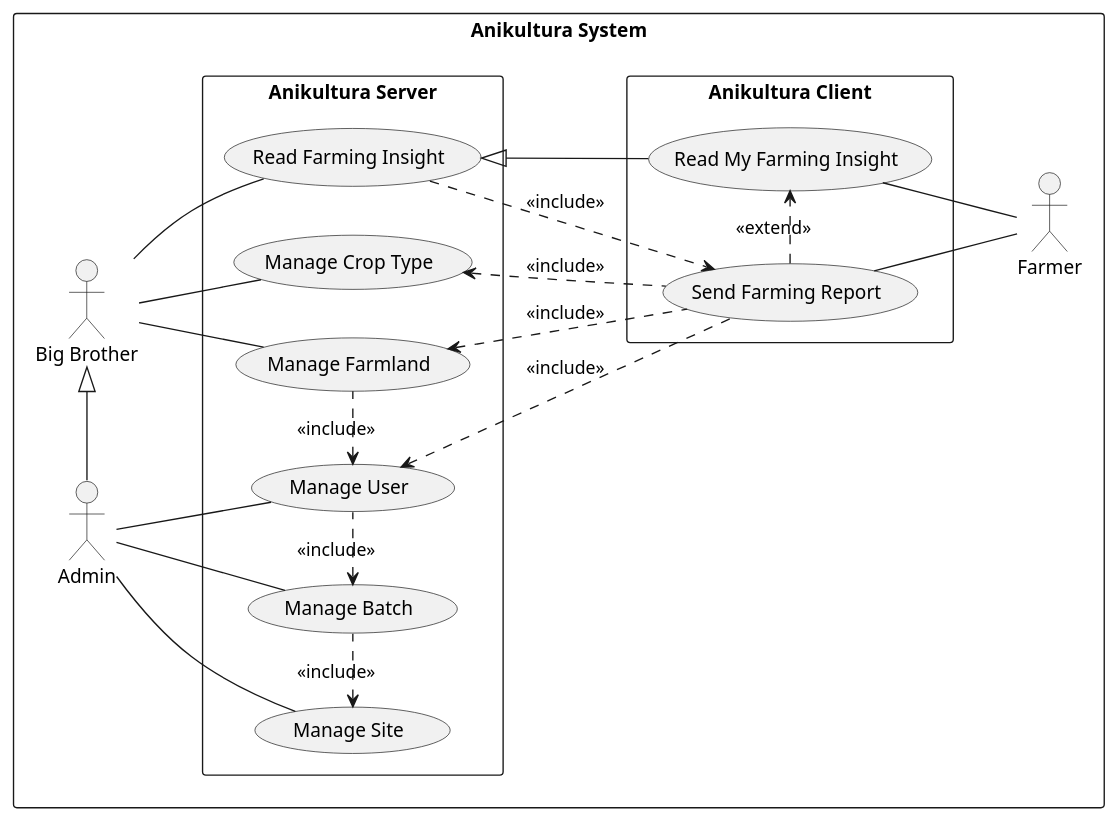
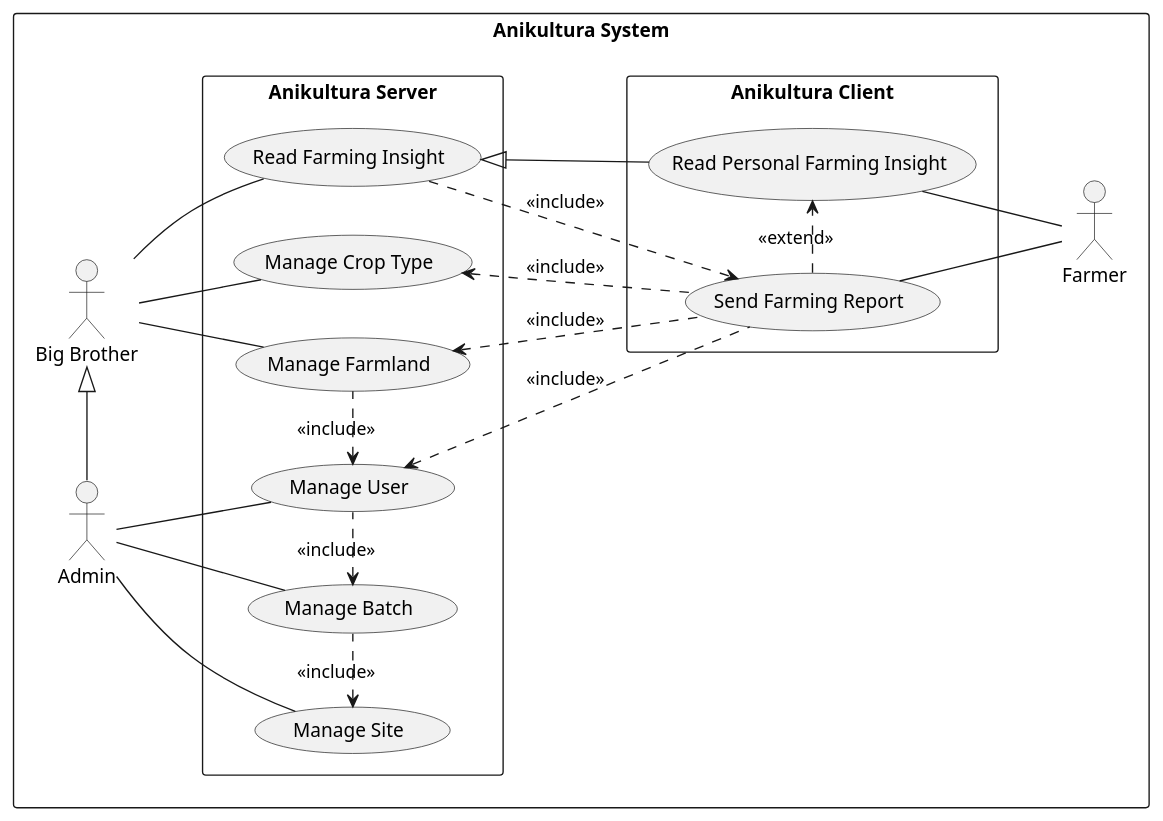
The diagram in plantuml/proposed/usecase.wsd (radical-doubting/anikultura-diagrams), drawn with PlantUML before and after one commit.

Commit message:
Fixed wording in usecase diagram

```diff
--- a/plantuml/proposed/usecase.wsd
+++ b/plantuml/proposed/usecase.wsd
@@ -1,65 +1,65 @@
 @startuml
 
 left to right direction
 
 rectangle "Anikultura System" {
     actor "Big Brother" as bigbro
     actor "Admin" as admin
     actor "Farmer" as farmer
 
     rectangle "Anikultura Server" {
         usecase "Manage User" as AD1
         usecase "Manage Batch" as AD2
         usecase "Manage Farmland" as AD3
         usecase "Manage Crop Type" as AD4
         usecase "Manage Site" as AD5
         usecase "Read Farming Insight" as FD3
         ' usecase "Authenticate" as C1.1
     }
 
     rectangle "Anikultura Client" {
         usecase "Send Farming Report" as FD1
-        usecase "Read My Farming Insight" as FD2
+        usecase "Read Personal Farming Insight" as FD2
     }
 }
 
 ' Admin Usecases
 
 admin -- AD1
 admin -- AD2
 bigbro -- AD3
 bigbro -- AD4
 admin -- AD5
 
 admin -|> bigbro
 
 ' AD1 ..> C1.1 : <<include>>
 ' AD2 ..> C1.1 : <<include>>
 ' AD3 ..> C1.1 : <<include>>
 ' AD4 ..> C1.1 : <<include>>
 ' AD5 ..> C1.1 : <<include>>
 
 
 ' Usecase Dependencies
 
 AD5 <. AD2 : <<include>>
 AD2 <. AD1 : <<include>>
 AD1 <. AD3 : <<include>>
 
 ' Farming Report to Manage Dependencies
 AD1 <.. FD1 : <<include>>
 AD3 <.. FD1 : <<include>>
 AD4 <.. FD1 : <<include>>
 
 ' Farming Insight
 bigbro -- FD3
 FD3 <|-- FD2
 FD3 ..> FD1 : <<include>>
 
 FD1 -- farmer
 FD2 -- farmer
 
 FD1 .> FD2 : <<extend>>
 
 
 @enduml
```
